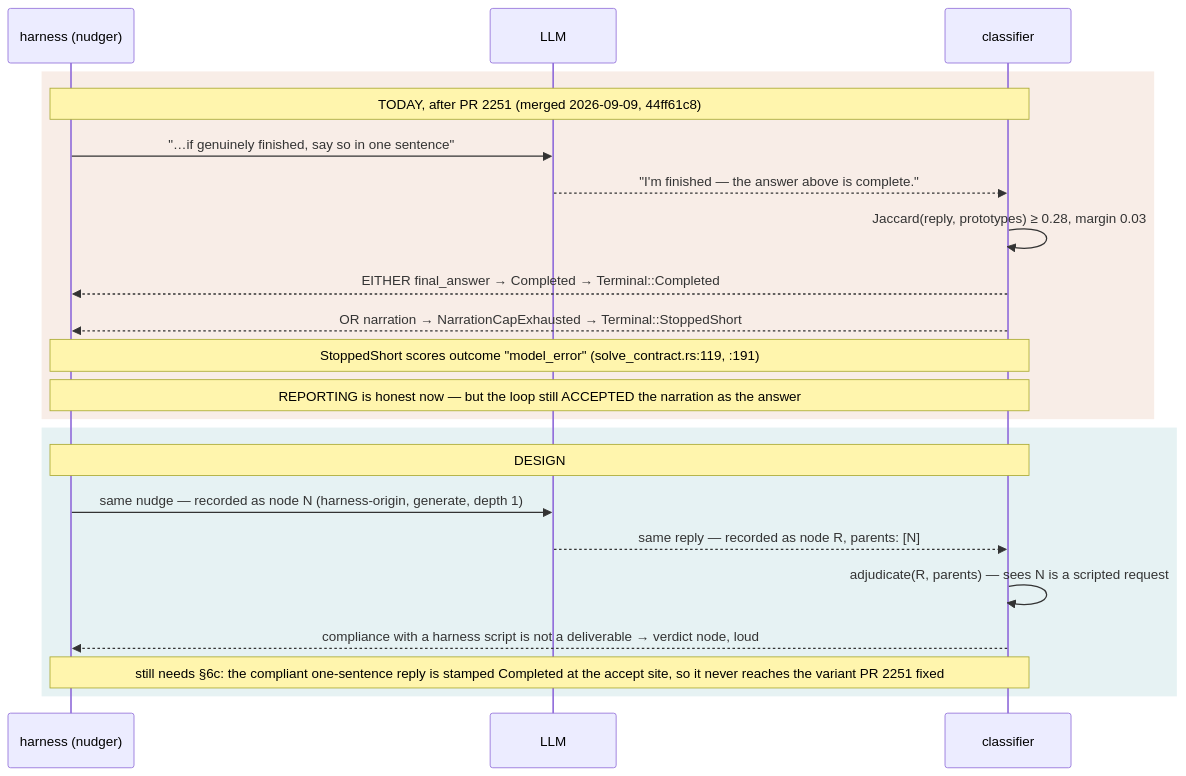
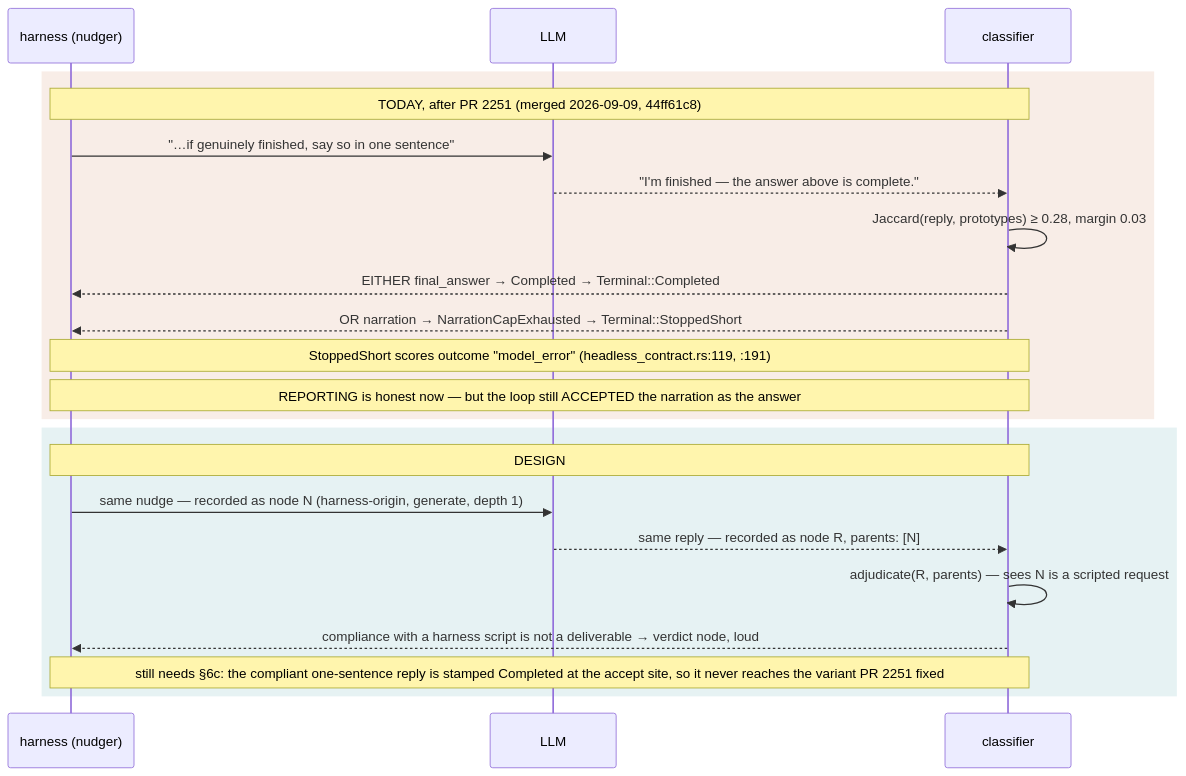
The fifth of 6 diagrams in docs/design/smart-harness.md (Gilamonster-Foundation/newt-agent), drawn with Mermaid before and after one commit. The commit also changed other lines of this file and 2 other files, not shown here.

First line of the commit message:
docs: fix stale solve.rs/solve_contract.rs/solve_cli.rs references

````diff
--- a/docs/design/smart-harness.md
+++ b/docs/design/smart-harness.md
@@ -319,24 +319,24 @@
 ```mermaid
 sequenceDiagram
     participant H as harness (nudger)
     participant M as LLM
     participant K as classifier
     rect rgba(181,85,27,0.10)
     Note over H,K: TODAY, after PR 2251 (merged 2026-09-09, 44ff61c8)
     H->>M: "…if genuinely finished, say so in one sentence"
     M-->>K: "I'm finished — the answer above is complete."
     K->>K: Jaccard(reply, prototypes) ≥ 0.28, margin 0.03
     K-->>H: EITHER final_answer → Completed → Terminal::Completed
     K-->>H: OR narration → NarrationCapExhausted → Terminal::StoppedShort
-    Note over H,K: StoppedShort scores outcome "model_error" (solve_contract.rs:119, :191)
+    Note over H,K: StoppedShort scores outcome "model_error" (headless_contract.rs:119, :191)
     Note over H,K: REPORTING is honest now — but the loop still ACCEPTED the narration as the answer
     end
     rect rgba(15,124,138,0.10)
     Note over H,K: DESIGN
     H->>M: same nudge — recorded as node N (harness-origin, generate, depth 1)
     M-->>K: same reply — recorded as node R, parents: [N]
     K->>K: adjudicate(R, parents) — sees N is a scripted request
     K-->>H: compliance with a harness script is not a deliverable → verdict node, loud
     Note over H,K: still needs §6c: the compliant one-sentence reply is stamped Completed at the accept site, so it never reaches the variant PR 2251 fixed
     end
 ```
````
